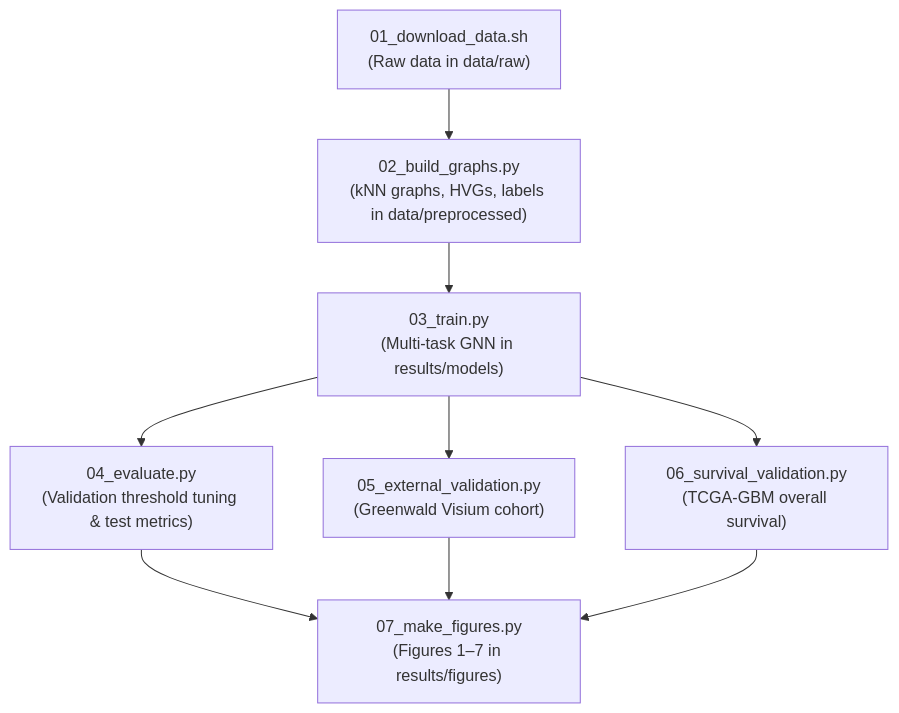
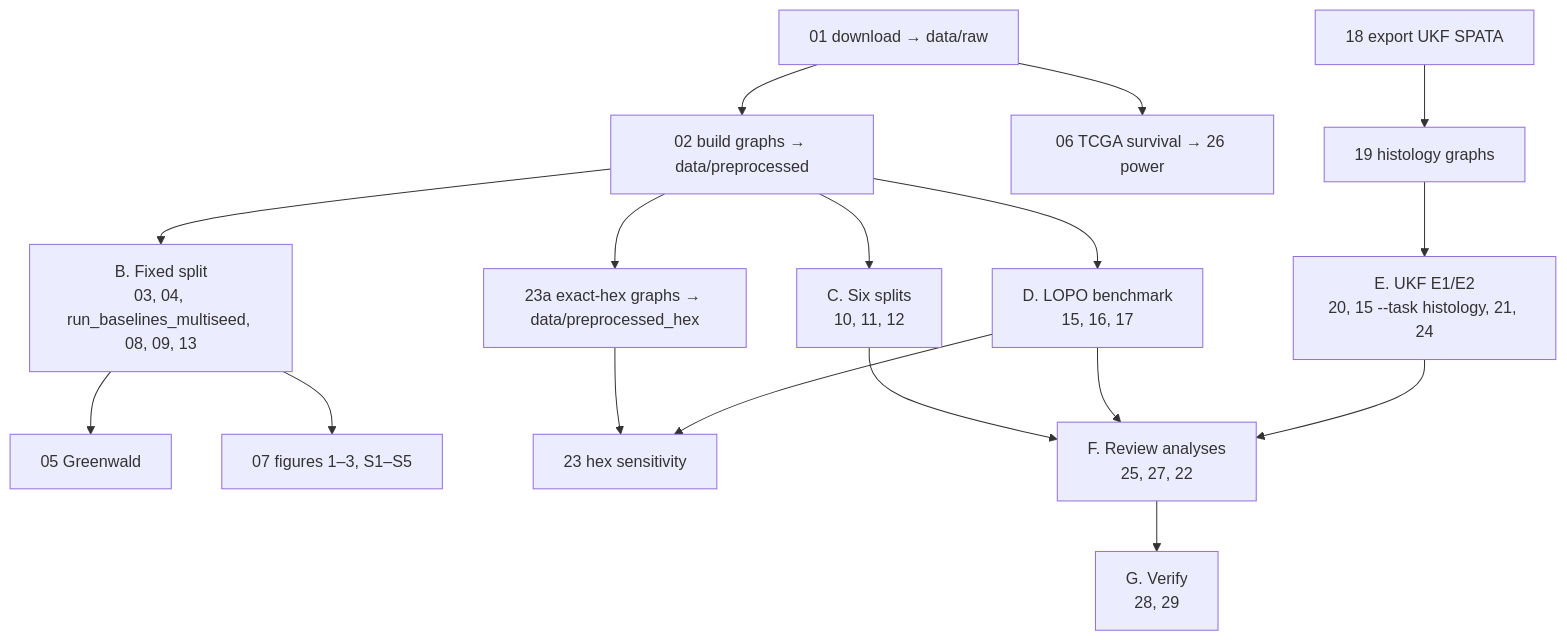
One commit to hossainlab/spatial-niche-gbm changed the diagram in docs/WORKFLOW.md. Above: the diagram before and after it, drawn with Mermaid. The commit also changed other lines of this file and 114 other files, not shown here.

````diff
--- a/docs/WORKFLOW.md
+++ b/docs/WORKFLOW.md
@@ -91,9 +34,19 @@
 ```mermaid
 flowchart TD
-    D["01_download_data.sh<br>(Raw data in data/raw)"] --> B["02_build_graphs.py<br>(kNN graphs, HVGs, labels in data/preprocessed)"]
-    B --> T["03_train.py<br>(Multi-task GNN in results/models)"]
-    T --> E["04_evaluate.py<br>(Validation threshold tuning & test metrics)"]
-    T --> EXT["05_external_validation.py<br>(Greenwald Visium cohort)"]
-    T --> S["06_survival_validation.py<br>(TCGA-GBM overall survival)"]
-    E & EXT & S --> F["07_make_figures.py<br>(Figures 1–7 in results/figures)"]
+    D["01 download → data/raw"] --> G["02 build graphs → data/preprocessed"]
+    G --> HEX["23a exact-hex graphs → data/preprocessed_hex"]
+    G --> FS["B. Fixed split<br>03, 04, run_baselines_multiseed, 08, 09, 13"]
+    FS --> EXT["05 Greenwald"]
+    FS --> FIG["07 figures 1–3, S1–S5"]
+    D --> SURV["06 TCGA survival → 26 power"]
+    G --> MS["C. Six splits<br>10, 11, 12"]
+    G --> LOPO["D. LOPO benchmark<br>15, 16, 17"]
+    HEX --> LOPOHEX["23 hex sensitivity"]
+    LOPO --> LOPOHEX
+    UKF["18 export UKF SPATA"] --> HG["19 histology graphs"]
+    HG --> E12["E. UKF E1/E2<br>20, 15 --task histology, 21, 24"]
+    MS --> REV["F. Review analyses<br>25, 27, 22"]
+    LOPO --> REV
+    E12 --> REV
+    REV --> VER["G. Verify<br>28, 29"]
 ```
````
